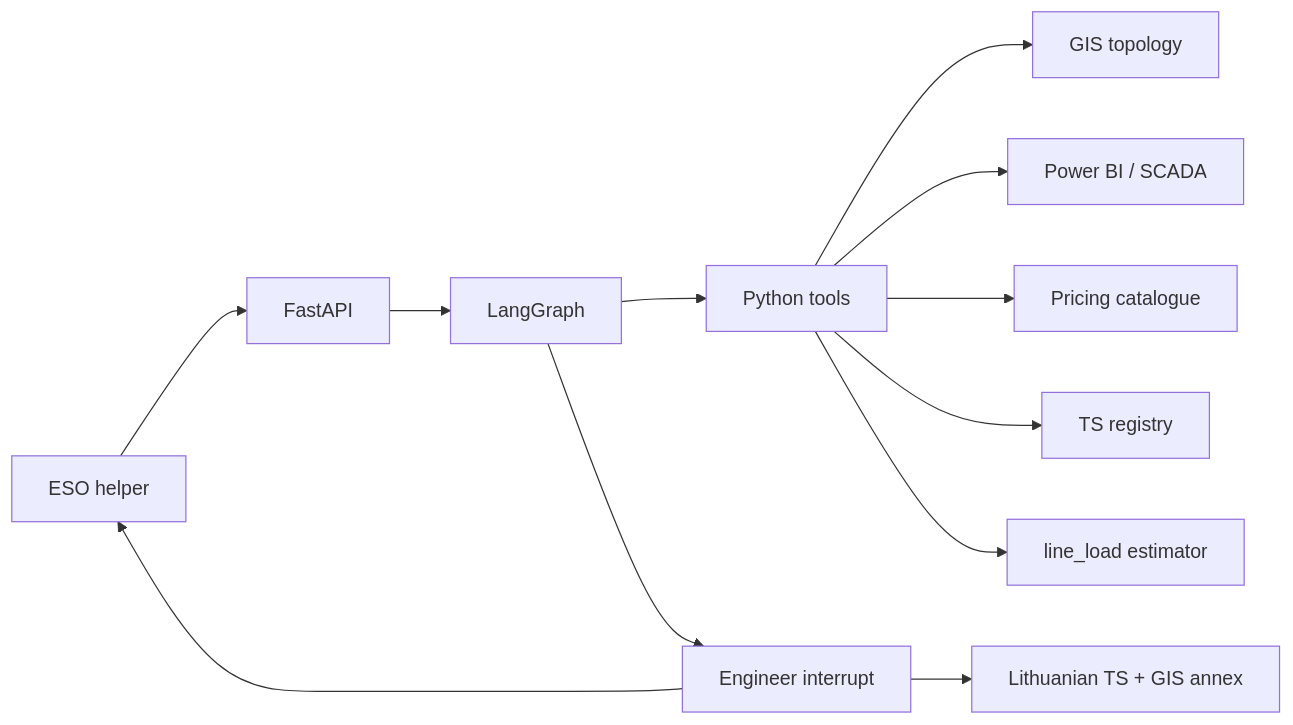
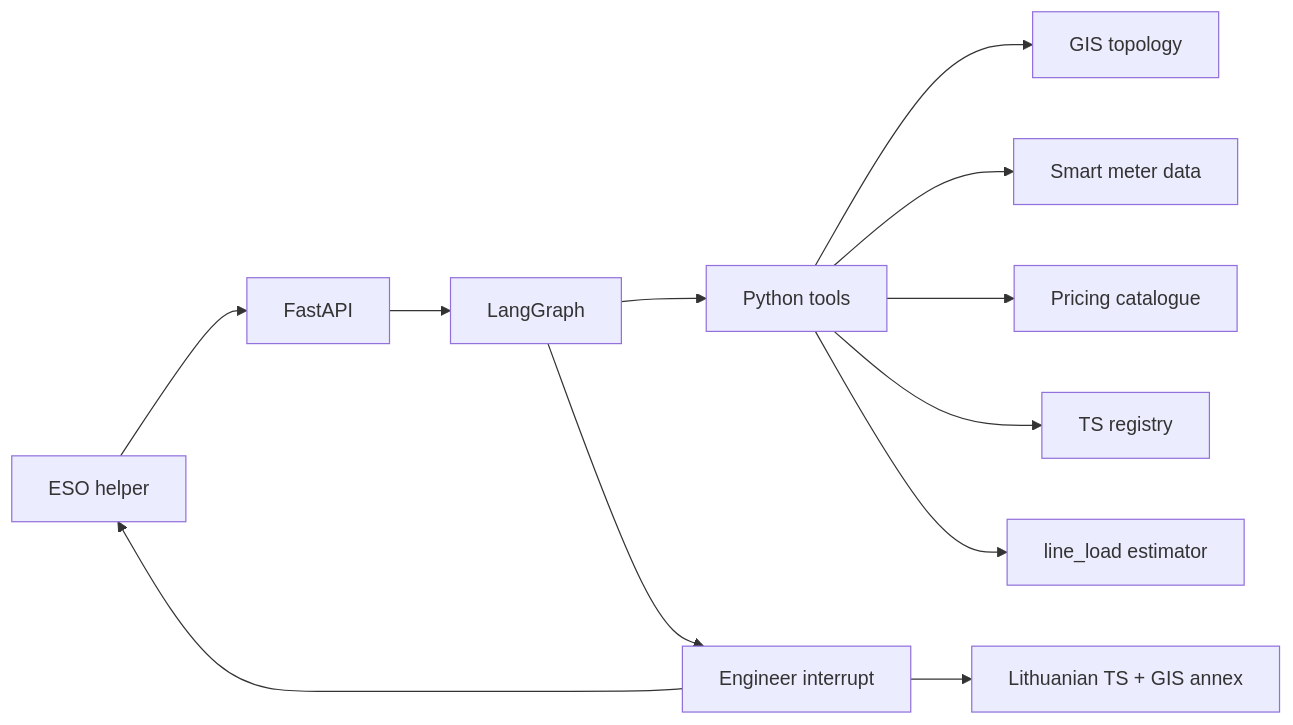
The first of 2 diagrams in docs/ARCHITECTURE.md (VentureJuozas/ESO-automation), drawn with Mermaid before and after one commit. The commit also changed other lines of this file and 43 other files, not shown here.

````diff
--- a/docs/ARCHITECTURE.md
+++ b/docs/ARCHITECTURE.md
@@ -7,14 +7,14 @@
 ```mermaid
 flowchart LR
   UI[ESO helper] --> API[FastAPI]
   API --> G[LangGraph]
   G --> T[Python tools]
   T --> GIS[GIS topology]
-  T --> CAP[Power BI / SCADA]
+  T --> CAP[Smart meter data]
   T --> PRICE[Pricing catalogue]
   T --> REG[TS registry]
   T --> LL[line_load estimator]
   G --> H[Engineer interrupt]
   H --> UI
   H --> TS[Lithuanian TS + GIS annex]
 ```
````
